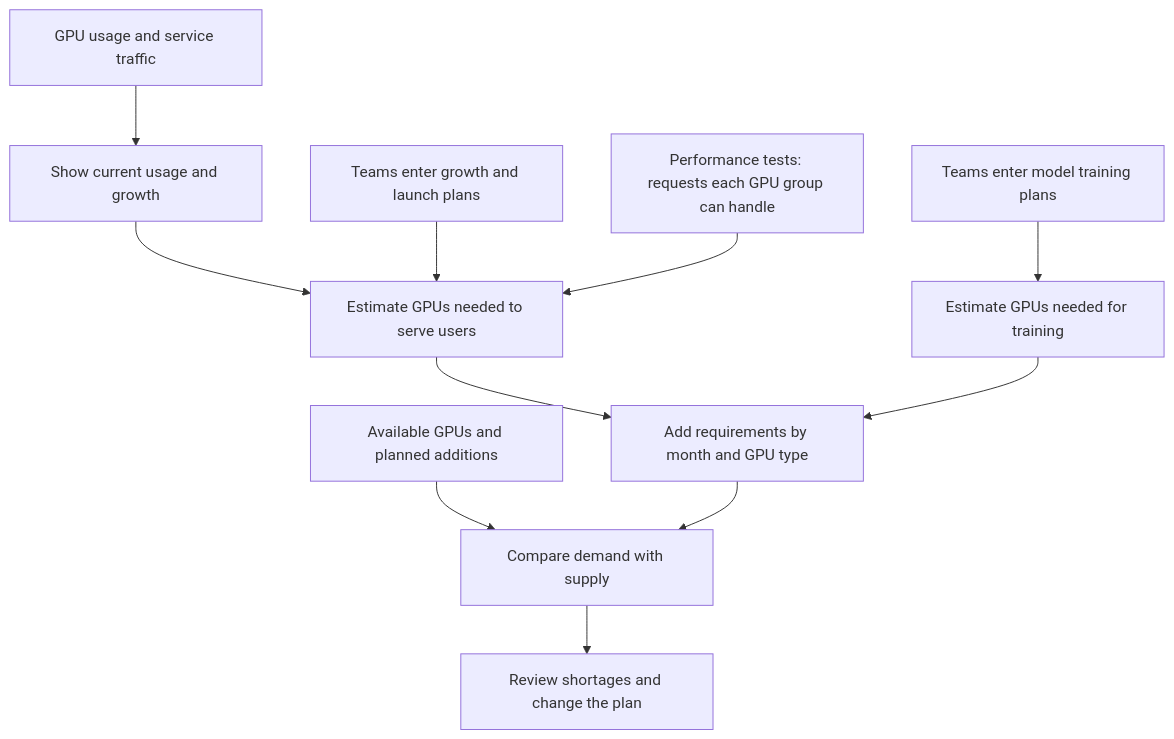
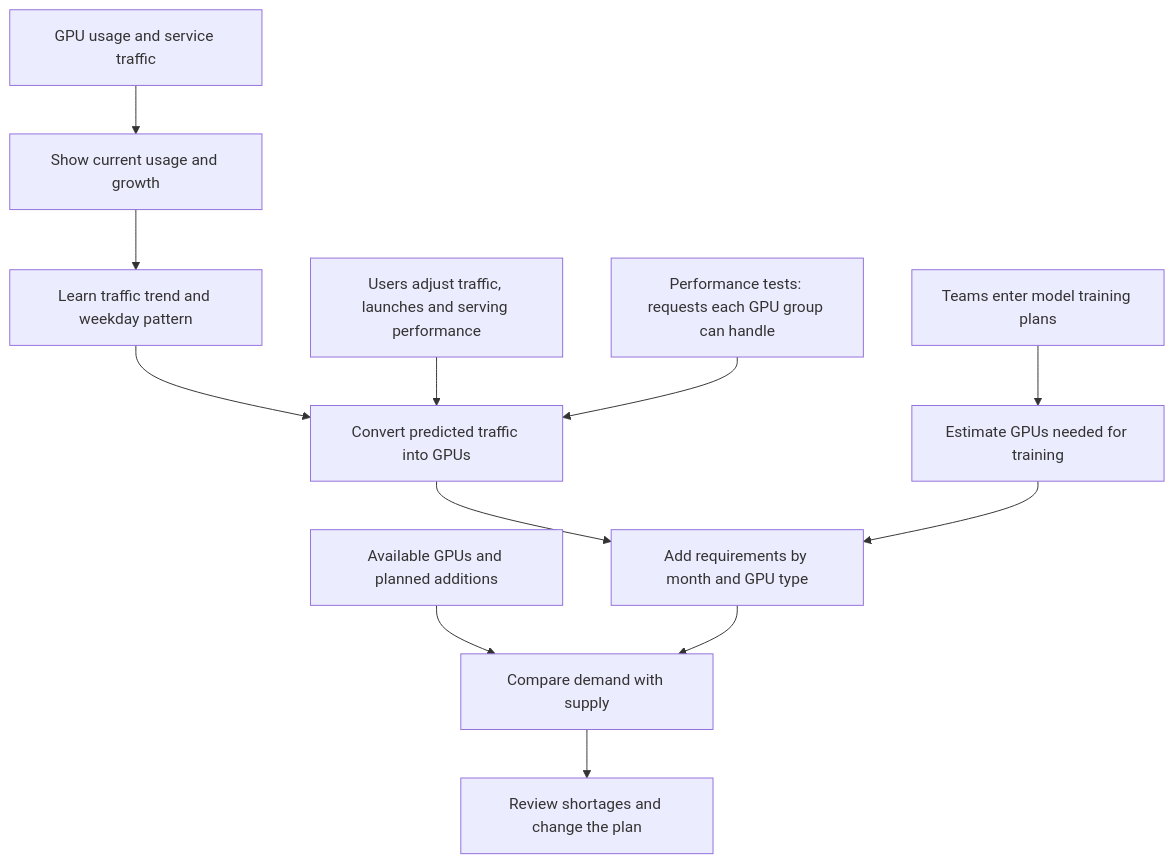
One commit to samimriaz/gpu-capacity-planner changed the diagram in README.md. Above: the diagram before and after it, drawn with Mermaid. The commit also changed other lines of this file and 6 other files, not shown here.

````diff
--- a/README.md
+++ b/README.md
@@ -35,13 +39,14 @@
 ```mermaid
 flowchart TD
     Usage["GPU usage and service traffic"] --> History["Show current usage and growth"]
-    History --> Serving["Estimate GPUs needed to serve users"]
-    Growth["Teams enter growth and launch plans"] --> Serving
+    History --> Forecast["Learn traffic trend and weekday pattern"]
+    Forecast --> Serving["Convert predicted traffic into GPUs"]
+    Growth["Users adjust traffic, launches and serving performance"] --> Serving
     Tests["Performance tests: requests each GPU group can handle"] --> Serving
     Plans["Teams enter model training plans"] --> Training["Estimate GPUs needed for training"]
     Serving --> Total["Add requirements by month and GPU type"]
     Training --> Total
     Inventory["Available GPUs and planned additions"] --> Compare["Compare demand with supply"]
     Total --> Compare
     Compare --> Review["Review shortages and change the plan"]
 ```
````
